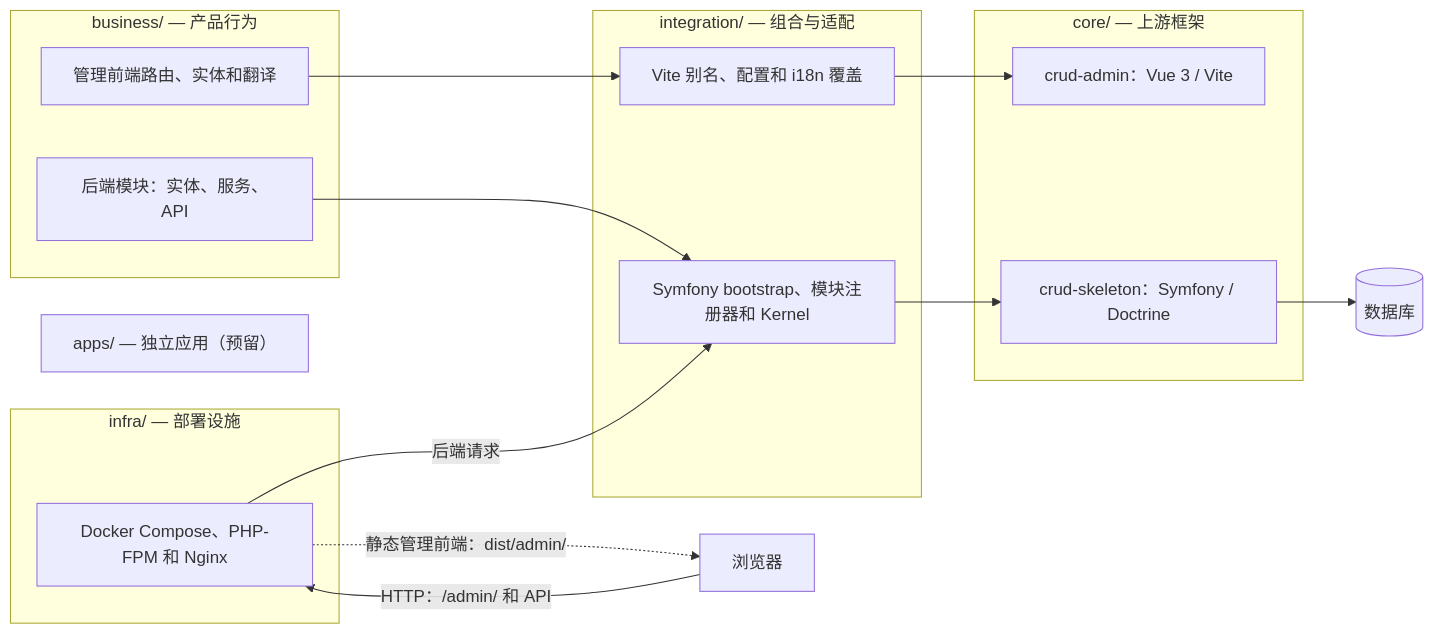
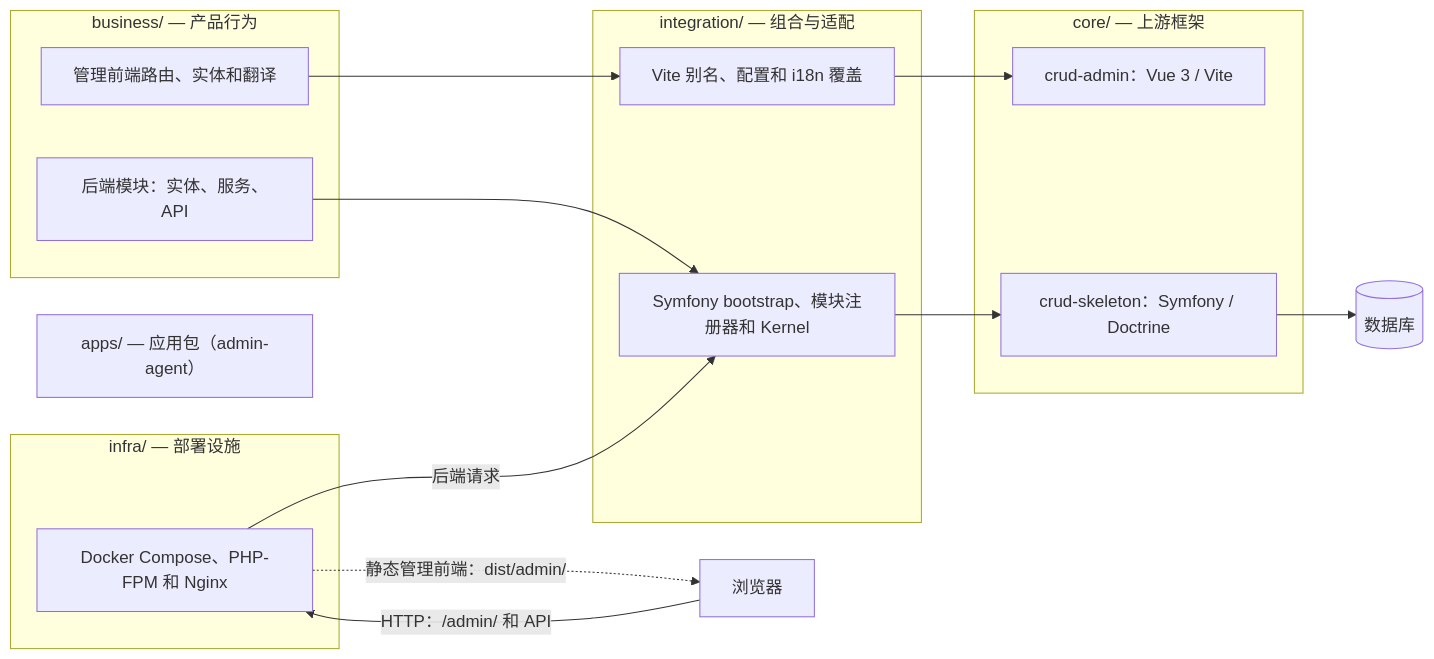
The diagram in README.zh-cn.md (dream-studio-china/ns-ultimate), drawn with Mermaid before and after one commit. The commit also changed other lines of this file and 9 other files, not shown here.

````diff
--- a/README.zh-cn.md
+++ b/README.zh-cn.md
@@ -41,31 +41,31 @@
 ```mermaid
 flowchart LR
     subgraph business["business/ — 产品行为"]
         BA["管理前端路由、实体和翻译"]
         BB["后端模块：实体、服务、API"]
     end
 
     subgraph integration["integration/ — 组合与适配"]
         IA["Vite 别名、配置和 i18n 覆盖"]
         IB["Symfony bootstrap、模块注册器和 Kernel"]
     end
 
     subgraph core["core/ — 上游框架"]
         CA["crud-admin：Vue 3 / Vite"]
         CB["crud-skeleton：Symfony / Doctrine"]
     end
 
     subgraph infra["infra/ — 部署设施"]
         ID["Docker Compose、PHP-FPM 和 Nginx"]
     end
 
-    Apps["apps/ — 独立应用（预留）"]
+    Apps["apps/ — 应用包（admin-agent）"]
     Browser["浏览器"]
 
     BA --> IA --> CA
     BB --> IB --> CB
     Browser -->|"HTTP：/admin/ 和 API"| ID
     ID -.->|"静态管理前端：dist/admin/"| Browser
     ID -->|"后端请求"| IB
     CB --> DB[("数据库")]
 ```
````
